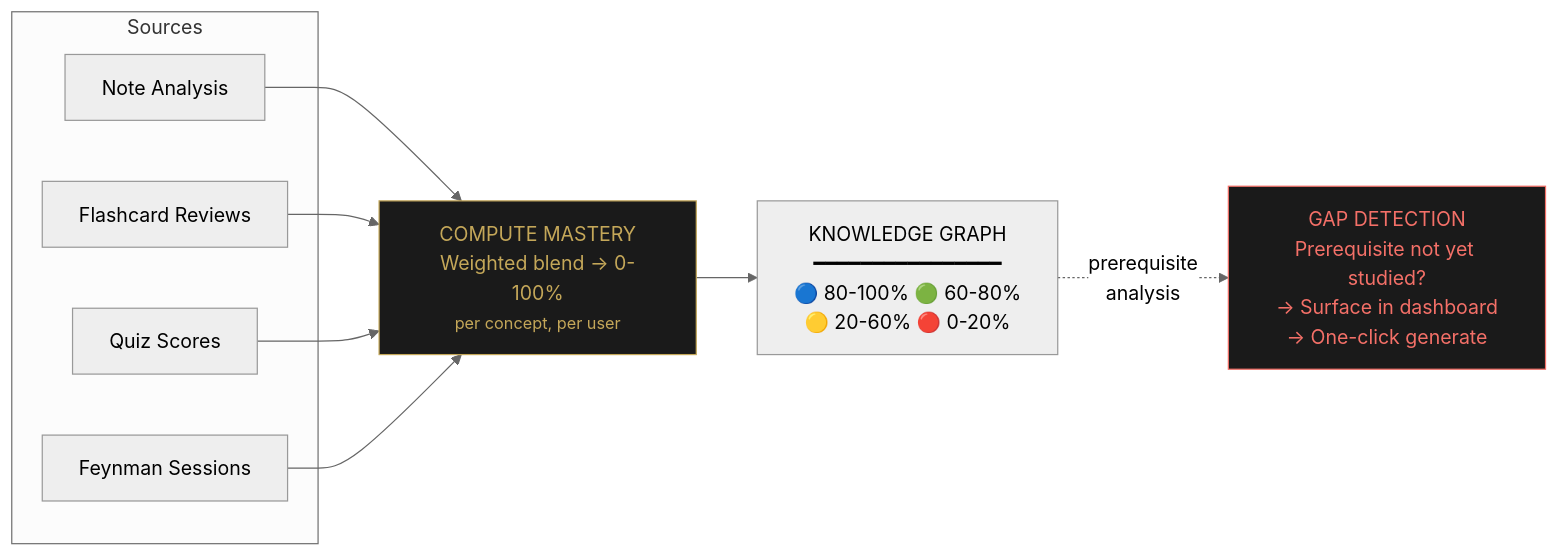
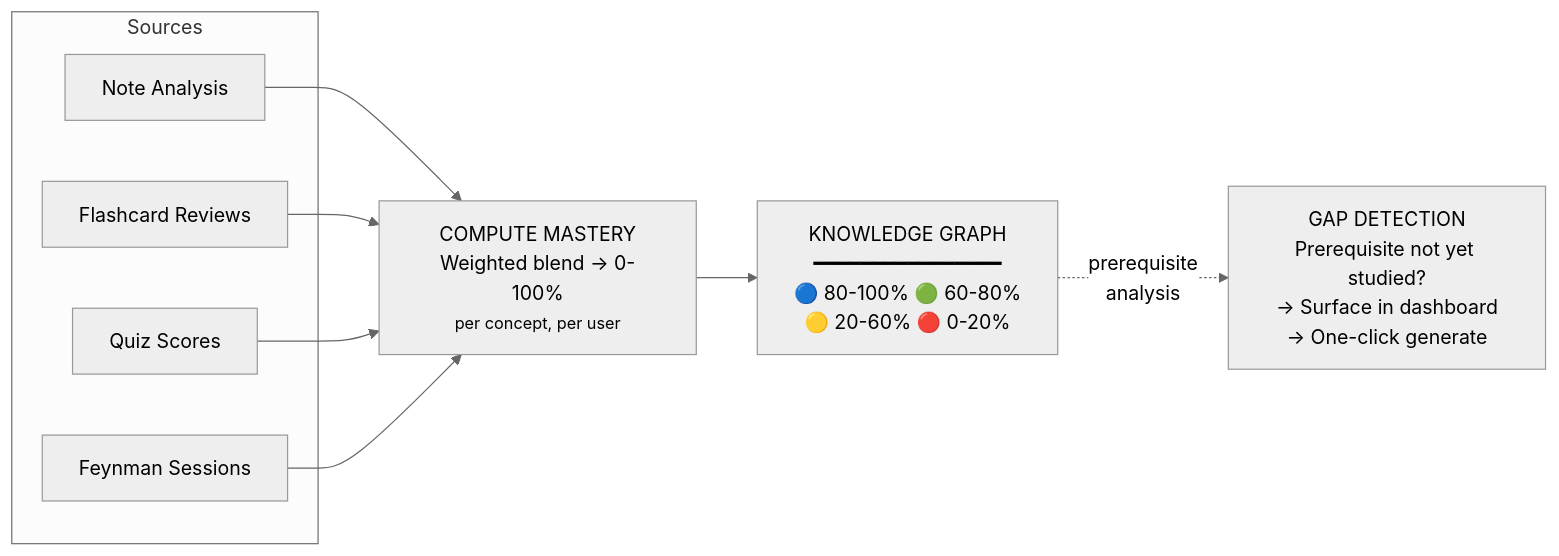
One commit to hwang2409/hwang2409.github.io changed the fourth of 6 diagrams in content/blog/neuronic.md. Above: the diagram before and after it, drawn with Mermaid (neutral theme). The commit also changed other lines of this file and 12 other files, not shown here.

````diff
--- a/content/blog/neuronic.md
+++ b/content/blog/neuronic.md
@@ -186,21 +175,19 @@
 ```mermaid
 flowchart LR
     subgraph Sources
         S1[Note Analysis]
         S2[Flashcard Reviews]
         S3[Quiz Scores]
         S4[Feynman Sessions]
     end
 
     S1 --> M["COMPUTE MASTERY<br/>Weighted blend → 0-100%<br/><small>per concept, per user</small>"]
     S2 --> M
     S3 --> M
     S4 --> M
 
     M --> KG["KNOWLEDGE GRAPH<br/>━━━━━━━━━━━━━━━━<br/>🔵 80-100%  🟢 60-80%<br/>🟡 20-60%   🔴 0-20%"]
 
     KG -. "prerequisite<br/>analysis" .-> GAP["GAP DETECTION<br/>Prerequisite not yet studied?<br/>→ Surface in dashboard<br/>→ One-click generate"]
 
-    style M fill:#1a1a1a,stroke:#c4a759,color:#c4a759
-    style GAP fill:#1a1a1a,stroke:#f47068,color:#f47068
 ```
````
